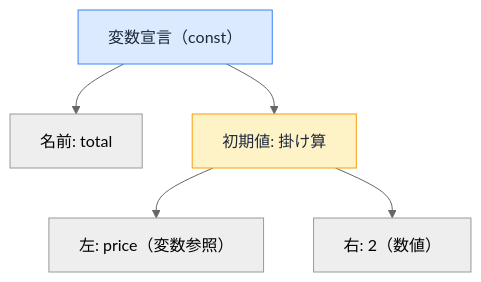
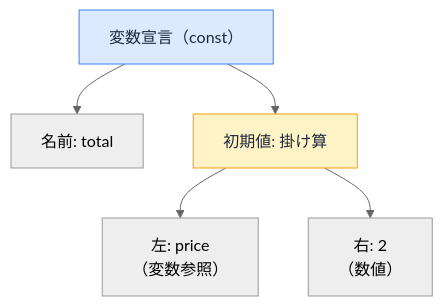
One commit to ozaki25/web-front-training-ozaki25 changed the diagram in docs/drafts/098/index.md. Above: the diagram before and after it, drawn with Mermaid (neutral theme). The commit also changed other lines of this file, not shown here.

````diff
--- a/docs/drafts/098/index.md
+++ b/docs/drafts/098/index.md
@@ -30,9 +30,9 @@
 ```mermaid
 flowchart TD
   A["変数宣言（const）"] --> B["名前: total"]
   A --> C["初期値: 掛け算"]
-  C --> D["左: price（変数参照）"]
-  C --> E["右: 2（数値）"]
+  C --> D["左: price<br>（変数参照）"]
+  C --> E["右: 2<br>（数値）"]
   style A fill:#dbeafe,color:#1e293b,stroke:#3b82f6
   style C fill:#fef3c7,color:#1e293b,stroke:#f59e0b
 ```
````
